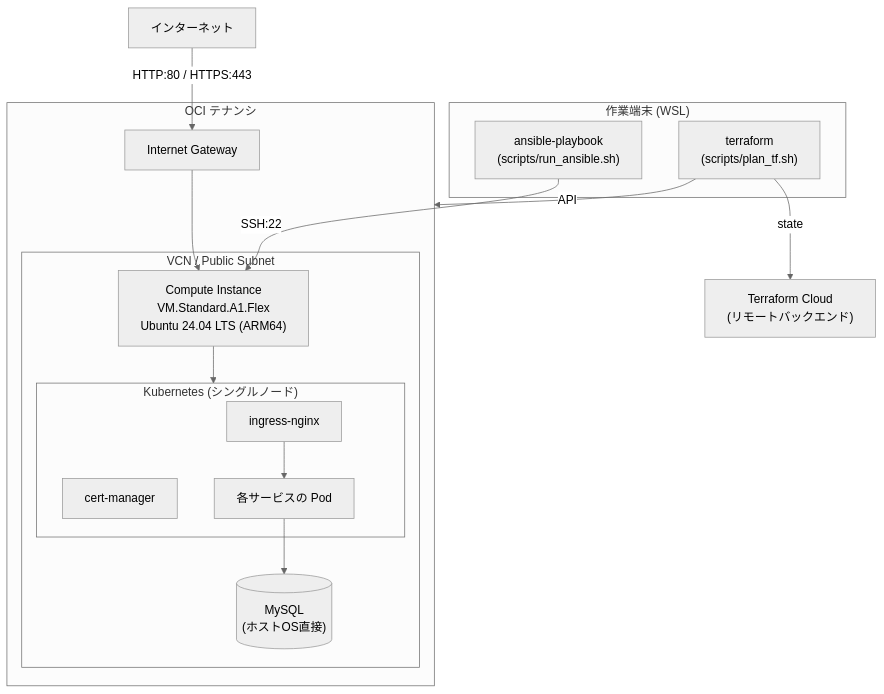
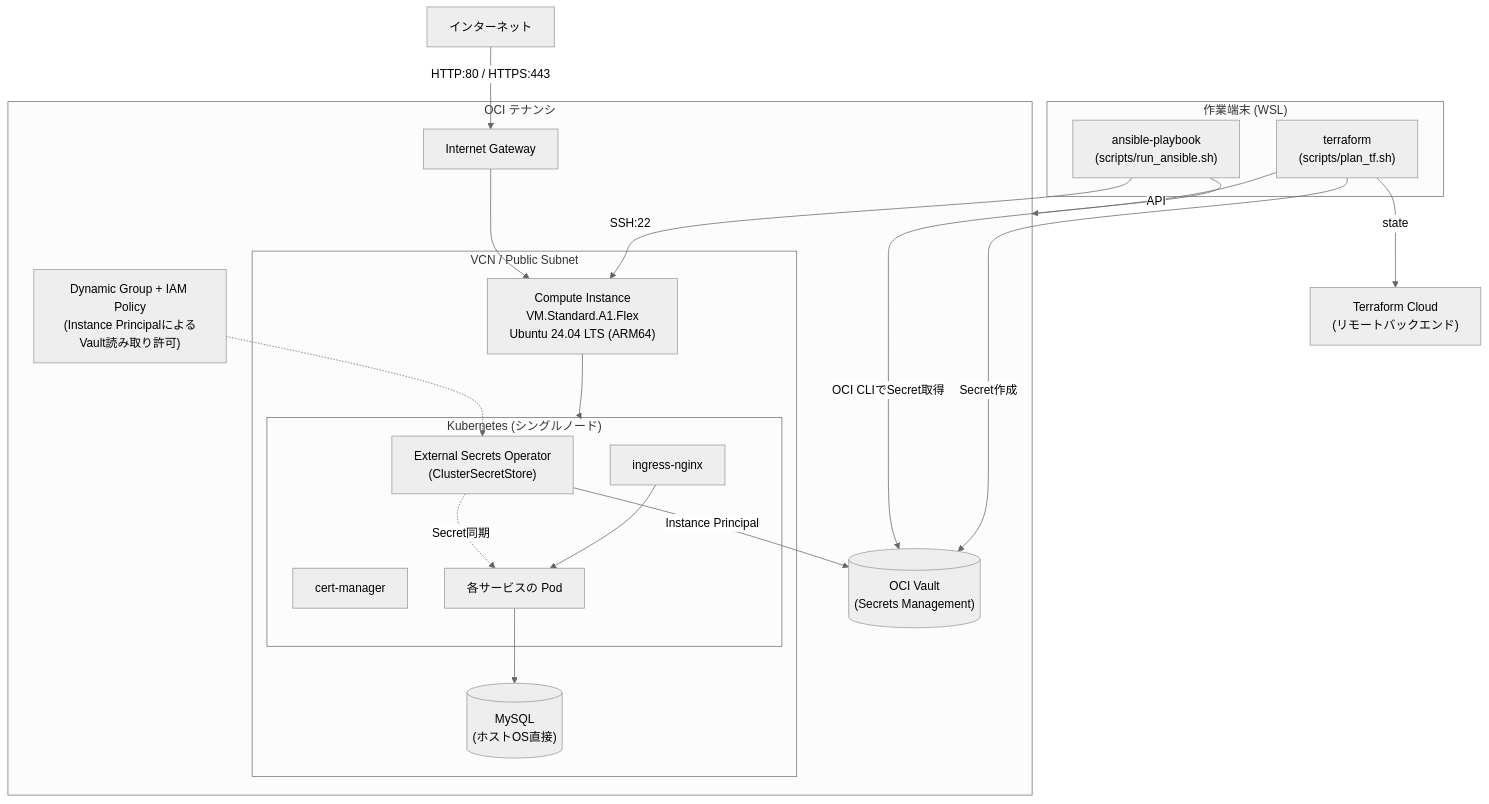
Before and after one commit to Seiya-Nakagawa/news_check: the diagram in docs/02.設計/基本設計書.md, drawn with Mermaid (neutral theme). The commit also changed other lines of this file and 11 other files, not shown here.

````diff
--- a/docs/02.設計/基本設計書.md
+++ b/docs/02.設計/基本設計書.md
@@ -20,31 +20,39 @@
 ```mermaid
 graph TD
     subgraph Local["作業端末 (WSL)"]
         TF["terraform<br/>(scripts/plan_tf.sh)"]
         AN["ansible-playbook<br/>(scripts/run_ansible.sh)"]
     end
 
     TFC["Terraform Cloud<br/>(リモートバックエンド)"]
 
     subgraph OCI["OCI テナンシ"]
         IGW["Internet Gateway"]
+        VAULT[("OCI Vault<br/>(Secrets Management)")]
+        DGPOL["Dynamic Group + IAM Policy<br/>(Instance PrincipalによるVault読み取り許可)"]
         subgraph VCN["VCN / Public Subnet"]
             INST["Compute Instance<br/>VM.Standard.A1.Flex<br/>Ubuntu 24.04 LTS (ARM64)"]
             subgraph K8S["Kubernetes (シングルノード)"]
                 ING["ingress-nginx"]
                 CM["cert-manager"]
+                ESO["External Secrets Operator<br/>(ClusterSecretStore)"]
                 APP["各サービスの Pod"]
             end
             DB[("MySQL<br/>(ホストOS直接)")]
         end
     end
 
     User["インターネット"] -->|HTTP:80 / HTTPS:443| IGW
     TF -->|state| TFC
     TF -->|API| OCI
+    TF -->|Secret作成| VAULT
     AN -->|SSH:22| INST
+    AN -->|OCI CLIでSecret取得| VAULT
     IGW --> INST
     INST --> K8S
     ING --> APP
+    ESO -->|Instance Principal| VAULT
+    DGPOL -.-> ESO
+    ESO -.->|Secret同期| APP
     APP --> DB
 ```
````
